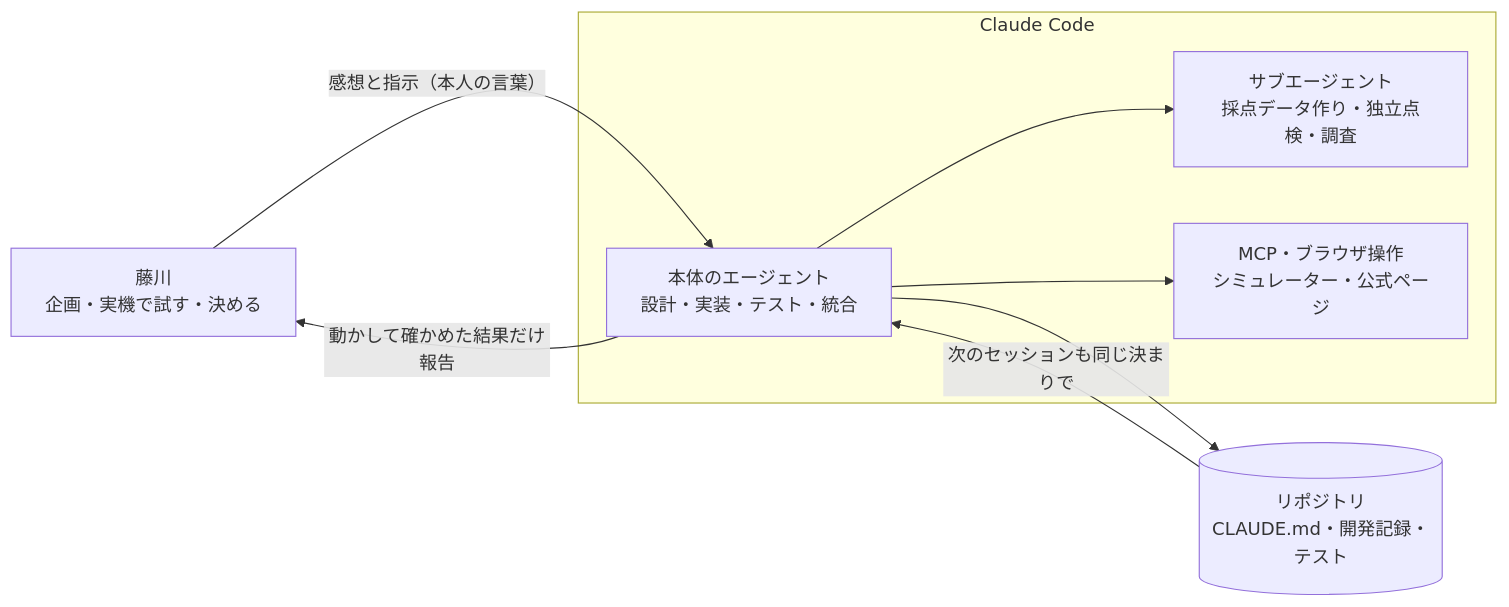
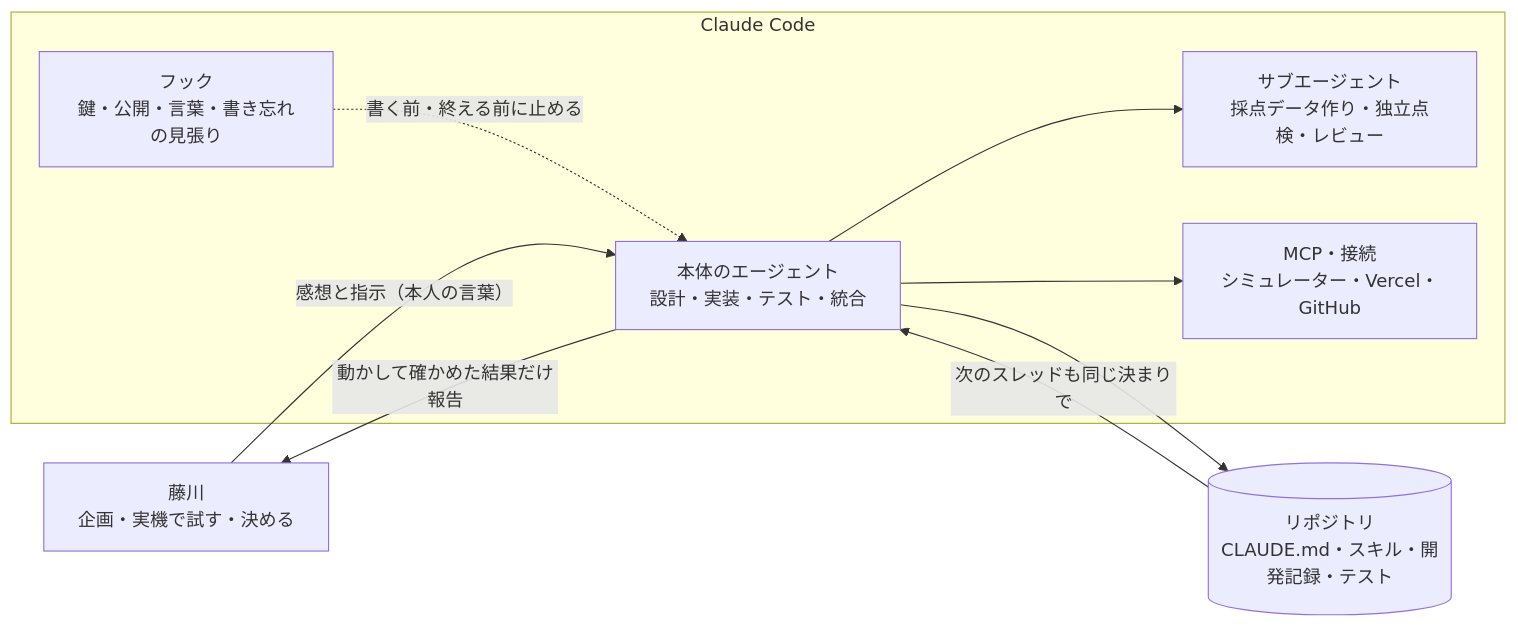
Before and after one commit to TadFuji/dowasure-aibou: the diagram in docs/Claude活用.md, drawn with Mermaid. The commit also changed other lines of this file and 13 other files, not shown here.

````diff
--- a/docs/Claude活用.md
+++ b/docs/Claude活用.md
@@ -9,16 +15,18 @@
 ```mermaid
 flowchart LR
     F["藤川<br/>企画・実機で試す・決める"]
     subgraph CC["Claude Code"]
         Main["本体のエージェント<br/>設計・実装・テスト・統合"]
-        Sub["サブエージェント<br/>採点データ作り・独立点検・調査"]
-        Tools["MCP・ブラウザ操作<br/>シミュレーター・公式ページ"]
+        Sub["サブエージェント<br/>採点データ作り・独立点検・レビュー"]
+        Hooks["フック<br/>鍵・公開・言葉・書き忘れの見張り"]
+        Tools["MCP・接続<br/>シミュレーター・Vercel・GitHub"]
     end
-    Repo[("リポジトリ<br/>CLAUDE.md・開発記録・テスト")]
+    Repo[("リポジトリ<br/>CLAUDE.md・スキル・開発記録・テスト")]
     F -- "感想と指示（本人の言葉）" --> Main
     Main -- "動かして確かめた結果だけ報告" --> F
     Main --> Sub
     Main --> Tools
+    Hooks -. "書く前・終える前に止める" .-> Main
     Main --> Repo
-    Repo -- "次のセッションも同じ決まりで" --> Main
+    Repo -- "次のスレッドも同じ決まりで" --> Main
 ```
````
